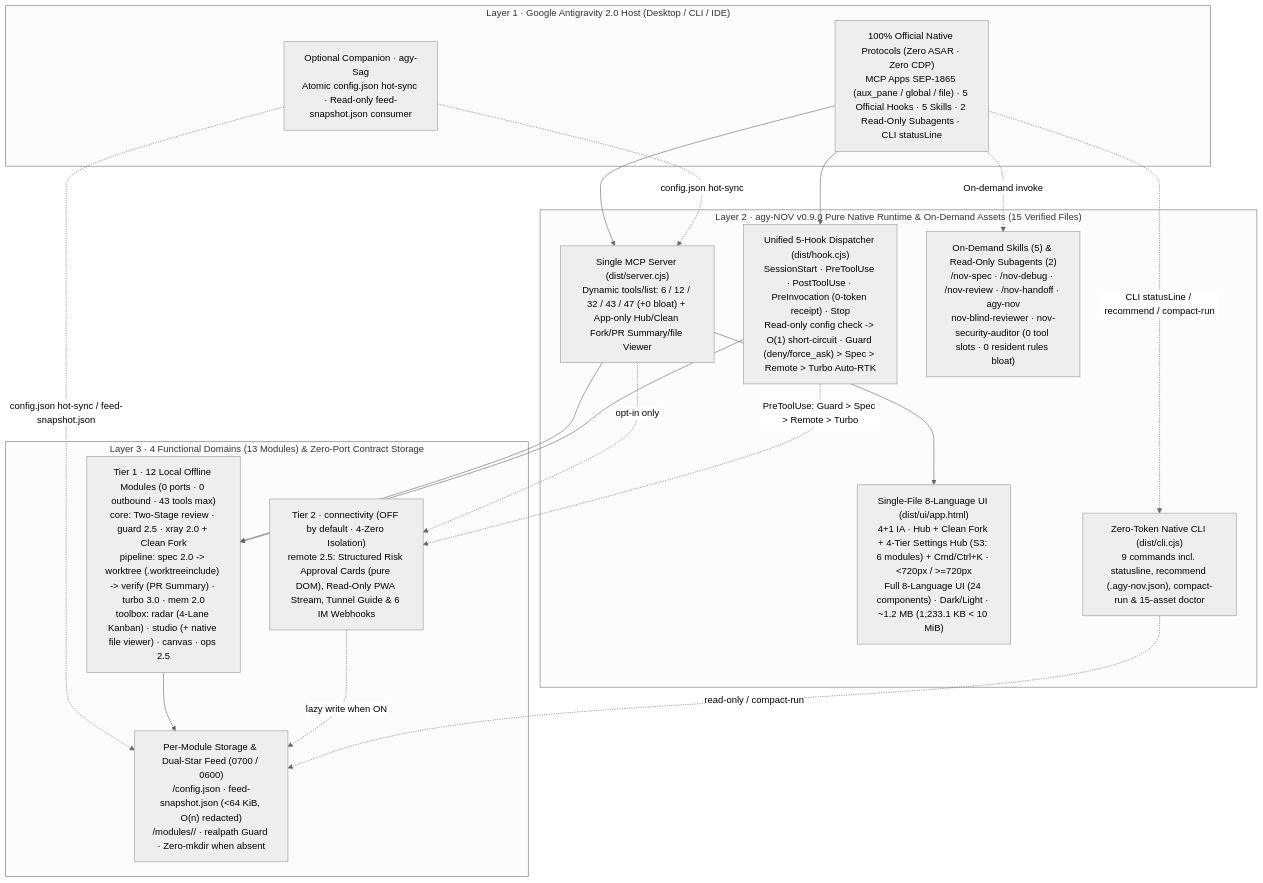
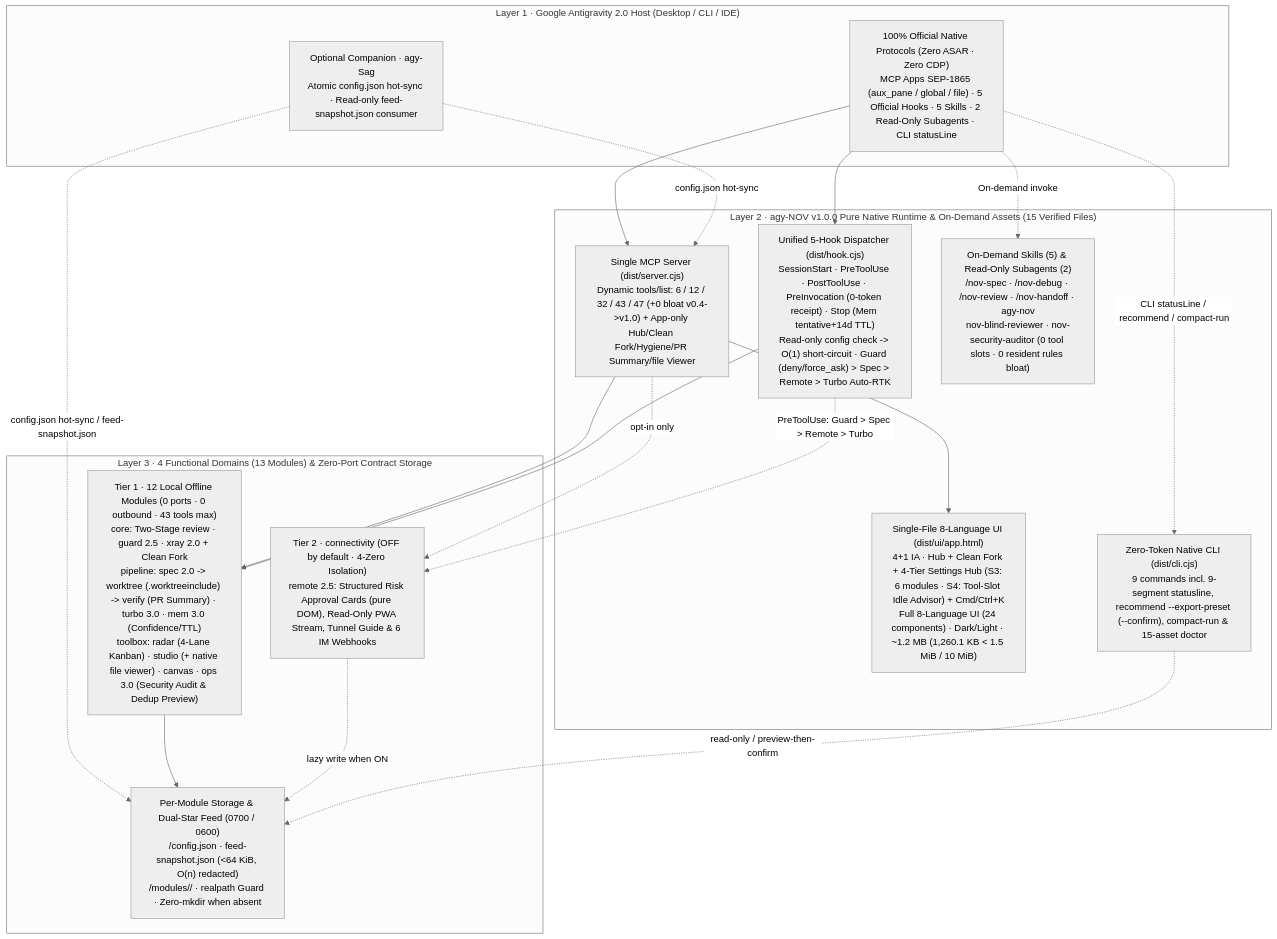
Before and after one commit to tone-leh/agy-NOV: the diagram in README.md, drawn with Mermaid (neutral theme). The commit also changed other lines of this file and 42 other files, not shown here.

Commit message:
release: v1.0.0 — Ops 3.0 static security audit & cross-client dedup preview, Mem 3.0 confidence/TTL hygiene, customizable 9-segment CLI statusLine & --export-preset scaffold

````diff
--- a/README.md
+++ b/README.md
@@ -249,36 +255,36 @@
 ```mermaid
 flowchart TB
   subgraph L1["Layer 1 · Google Antigravity 2.0 Host (Desktop / CLI / IDE)"]
     Host["100% Official Native Protocols (Zero ASAR · Zero CDP)\nMCP Apps SEP-1865 (aux_pane / global / file) · 5 Official Hooks · 5 Skills · 2 Read-Only Subagents · CLI statusLine"]
     Sag["Optional Companion · agy-Sag\nAtomic config.json hot-sync · Read-only feed-snapshot.json consumer"]
   end
 
-  subgraph L2["Layer 2 · agy-NOV v0.9.0 Pure Native Runtime & On-Demand Assets (15 Verified Files)"]
-    MCP["Single MCP Server (dist/server.cjs)\nDynamic tools/list: 6 / 12 / 32 / 43 / 47 (+0 bloat) + App-only Hub/Clean Fork/PR Summary/file Viewer"]
-    Hook["Unified 5-Hook Dispatcher (dist/hook.cjs)\nSessionStart · PreToolUse · PostToolUse · PreInvocation (0-token receipt) · Stop\nRead-only config check -> O(1) short-circuit · Guard (deny/force_ask) > Spec > Remote > Turbo Auto-RTK"]
-    UI["Single-File 8-Language UI (dist/ui/app.html)\n4+1 IA · Hub + Clean Fork + 4-Tier Settings Hub (S3: 6 modules) + Cmd/Ctrl+K · <720px / >=720px\nFull 8-Language UI (24 components) · Dark/Light · ~1.2 MB (1,233.1 KB < 10 MiB)"]
+  subgraph L2["Layer 2 · agy-NOV v1.0.0 Pure Native Runtime & On-Demand Assets (15 Verified Files)"]
+    MCP["Single MCP Server (dist/server.cjs)\nDynamic tools/list: 6 / 12 / 32 / 43 / 47 (+0 bloat v0.4->v1.0) + App-only Hub/Clean Fork/Hygiene/PR Summary/file Viewer"]
+    Hook["Unified 5-Hook Dispatcher (dist/hook.cjs)\nSessionStart · PreToolUse · PostToolUse · PreInvocation (0-token receipt) · Stop (Mem tentative+14d TTL)\nRead-only config check -> O(1) short-circuit · Guard (deny/force_ask) > Spec > Remote > Turbo Auto-RTK"]
+    UI["Single-File 8-Language UI (dist/ui/app.html)\n4+1 IA · Hub + Clean Fork + 4-Tier Settings Hub (S3: 6 modules · S4: Tool-Slot Idle Advisor) + Cmd/Ctrl+K\nFull 8-Language UI (24 components) · Dark/Light · ~1.2 MB (1,260.1 KB < 1.5 MiB / 10 MiB)"]
     Playbooks["On-Demand Skills (5) & Read-Only Subagents (2)\n/nov-spec · /nov-debug · /nov-review · /nov-handoff · agy-nov\nnov-blind-reviewer · nov-security-auditor (0 tool slots · 0 resident rules bloat)"]
-    CLI["Zero-Token Native CLI (dist/cli.cjs)\n9 commands incl. statusline, recommend (.agy-nov.json), compact-run & 15-asset doctor"]
+    CLI["Zero-Token Native CLI (dist/cli.cjs)\n9 commands incl. 9-segment statusline, recommend --export-preset (--confirm), compact-run & 15-asset doctor"]
   end
 
   subgraph L3["Layer 3 · 4 Functional Domains (13 Modules) & Zero-Port Contract Storage"]
-    T1["Tier 1 · 12 Local Offline Modules (0 ports · 0 outbound · 43 tools max)\ncore: Two-Stage review · guard 2.5 · xray 2.0 + Clean Fork\npipeline: spec 2.0 -> worktree (.worktreeinclude) -> verify (PR Summary) · turbo 3.0 · mem 2.0\ntoolbox: radar (4-Lane Kanban) · studio (+ native file viewer) · canvas · ops 2.5"]
+    T1["Tier 1 · 12 Local Offline Modules (0 ports · 0 outbound · 43 tools max)\ncore: Two-Stage review · guard 2.5 · xray 2.0 + Clean Fork\npipeline: spec 2.0 -> worktree (.worktreeinclude) -> verify (PR Summary) · turbo 3.0 · mem 3.0 (Confidence/TTL)\ntoolbox: radar (4-Lane Kanban) · studio (+ native file viewer) · canvas · ops 3.0 (Security Audit & Dedup Preview)"]
     T2R["Tier 2 · connectivity (OFF by default · 4-Zero Isolation)\nremote 2.5: Structured Risk Approval Cards (pure DOM), Read-Only PWA Stream, Tunnel Guide & 6 IM Webhooks"]
     Store["Per-Module Storage & Dual-Star Feed (0700 / 0600)\n<dataDir>/config.json · feed-snapshot.json (<64 KiB, O(n) redacted)\n<dataDir>/modules/<id>/ · realpath Guard · Zero-mkdir when absent"]
   end
 
   Host --> MCP
   Host --> Hook
   Host -. "On-demand invoke" .-> Playbooks
   Host -. "CLI statusLine / recommend / compact-run" .-> CLI
   Sag -. "config.json hot-sync / feed-snapshot.json" .-> Store
   Sag -. "config.json hot-sync" .-> MCP
   MCP --> UI
   MCP --> T1
   MCP -. "opt-in only" .-> T2R
   Hook --> T1
   Hook -. "PreToolUse: Guard > Spec > Remote > Turbo" .-> T2R
   T1 --> Store
   T2R -. "lazy write when ON" .-> Store
-  CLI -. "read-only / compact-run" .-> Store
+  CLI -. "read-only / preview-then-confirm" .-> Store
 ```
````
